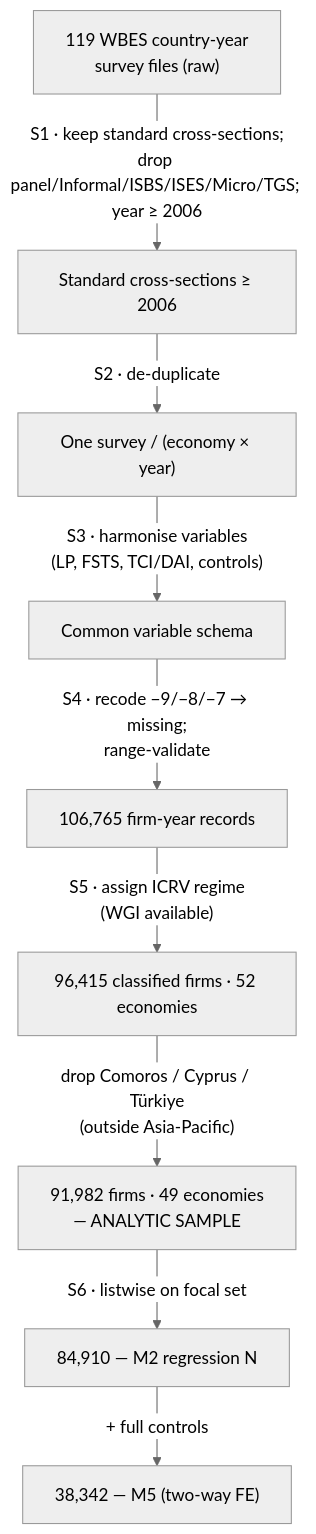
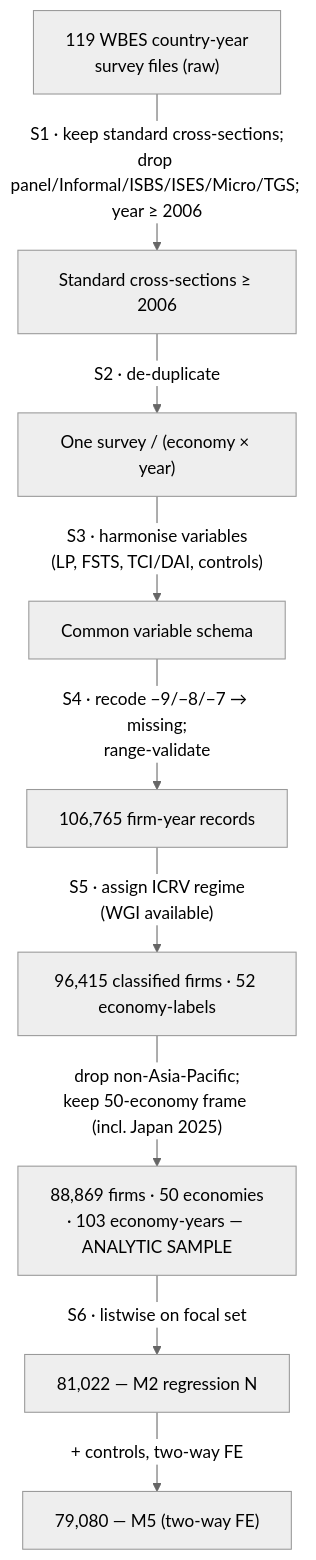
One commit to thuyhuongctu-cell/my_thesis_phd_candidate_26 changed the diagram in thesis/appendix_A_data_harmonisation_en.md. Above: the diagram before and after it, drawn with Mermaid (neutral theme). The commit also changed other lines of this file and 5 other files, not shown here.

First line of the commit message:
fix(canon): lock canonical numbers + sync thesis to 50-econ Japan-inclusive frame

````diff
--- a/thesis/appendix_A_data_harmonisation_en.md
+++ b/thesis/appendix_A_data_harmonisation_en.md
@@ -65,11 +65,11 @@
 ```mermaid
 flowchart TD
     A["119 WBES country-year<br/>survey files (raw)"] -->|"S1 · keep standard cross-sections;<br/>drop panel/Informal/ISBS/ISES/Micro/TGS; year ≥ 2006"| B["Standard cross-sections ≥ 2006"]
     B -->|"S2 · de-duplicate"| C["One survey / (economy × year)"]
     C -->|"S3 · harmonise variables<br/>(LP, FSTS, TCI/DAI, controls)"| D["Common variable schema"]
     D -->|"S4 · recode −9/−8/−7 → missing;<br/>range-validate"| E["106,765 firm-year records"]
-    E -->|"S5 · assign ICRV regime<br/>(WGI available)"| F["96,415 classified firms · 52 economies"]
-    F -->|"drop Comoros / Cyprus / Türkiye<br/>(outside Asia-Pacific)"| G["91,982 firms · 49 economies<br/>— ANALYTIC SAMPLE"]
-    G -->|"S6 · listwise on focal set"| H["84,910 — M2 regression N"]
-    H -->|"+ full controls"| I["38,342 — M5 (two-way FE)"]
+    E -->|"S5 · assign ICRV regime<br/>(WGI available)"| F["96,415 classified firms · 52 economy-labels"]
+    F -->|"drop non-Asia-Pacific;<br/>keep 50-economy frame (incl. Japan 2025)"| G["88,869 firms · 50 economies<br/>· 103 economy-years — ANALYTIC SAMPLE"]
+    G -->|"S6 · listwise on focal set"| H["81,022 — M2 regression N"]
+    H -->|"+ controls, two-way FE"| I["79,080 — M5 (two-way FE)"]
 ```
````
